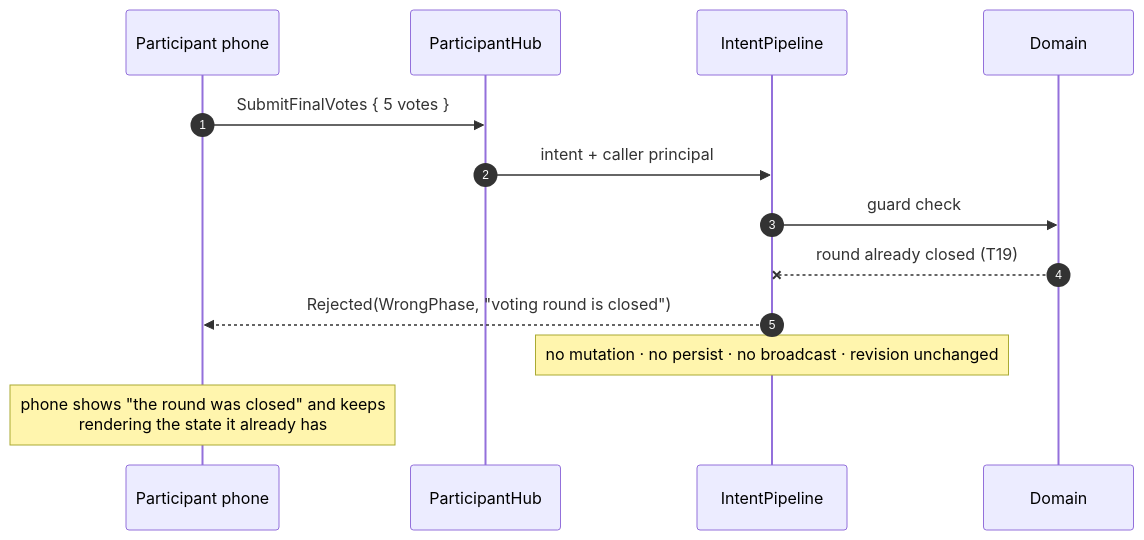
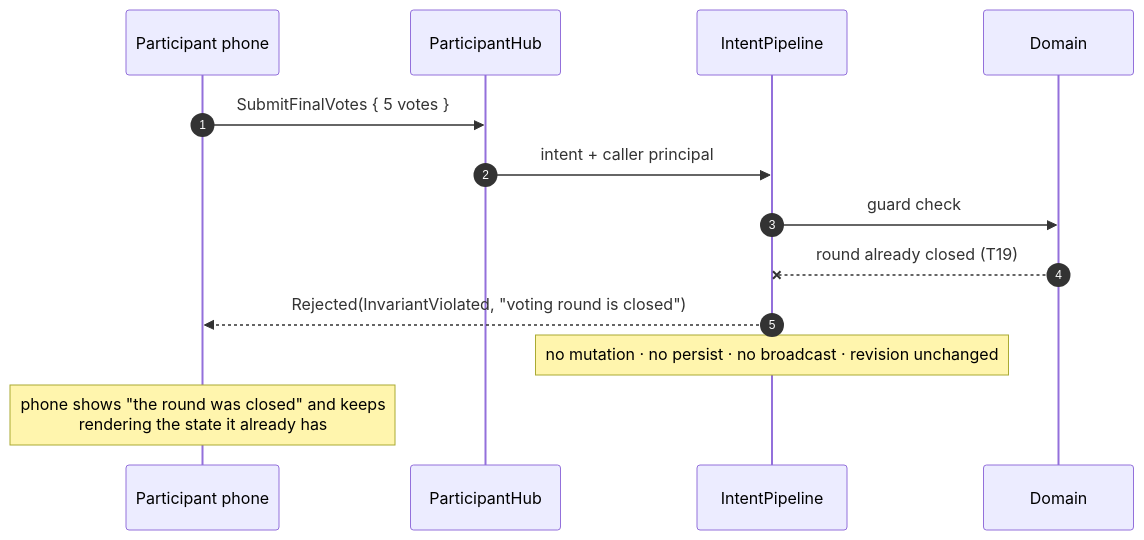
Before and after one commit to JakobKrummeich/ValuesWorkshop: the fourth of 5 diagrams in design/protocol.md, drawn with Mermaid. The commit also changed other lines of this file and 6 other files, not shown here.

````diff
--- a/design/protocol.md
+++ b/design/protocol.md
@@ -548,16 +548,16 @@
 ```mermaid
 sequenceDiagram
   autonumber
   participant P as Participant phone
   participant PH as ParticipantHub
   participant PIPE as IntentPipeline
   participant D as Domain
 
   P->>PH: SubmitFinalVotes { 5 votes }
   PH->>PIPE: intent + caller principal
   PIPE->>D: guard check
   D--xPIPE: round already closed (T19)
-  PIPE-->>P: Rejected(WrongPhase, "voting round is closed")
+  PIPE-->>P: Rejected(InvariantViolated, "voting round is closed")
   Note over PIPE: no mutation · no persist · no broadcast · revision unchanged
   Note over P: phone shows "the round was closed" and keeps<br/>rendering the state it already has
 ```
````
